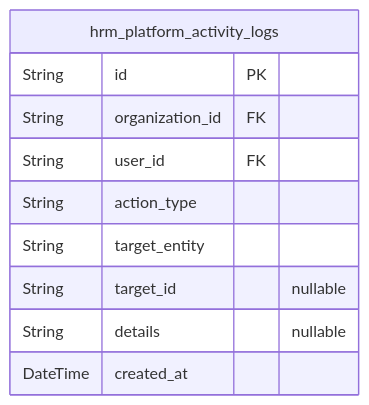
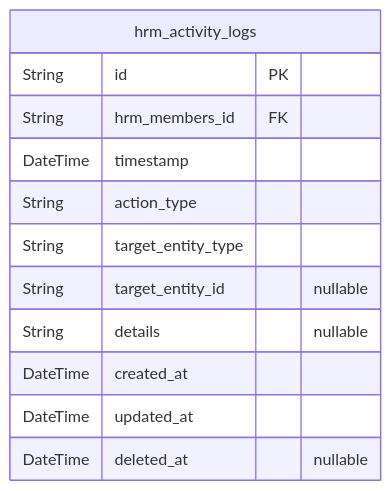
The ninth of 9 diagrams in qwen/qwen3.5-122b-a10b/erp/docs/ERD.md (wrtnlabs/autobe-examples), drawn with Mermaid before and after one commit. The commit also changed other lines of this file and 32093 other files, not shown here.

````diff
--- a/qwen/qwen3.5-122b-a10b/erp/docs/ERD.md
+++ b/qwen/qwen3.5-122b-a10b/erp/docs/ERD.md
@@ -1111,13 +2101,15 @@
 ```mermaid
 erDiagram
-"hrm_platform_activity_logs" {
+"hrm_activity_logs" {
   String id PK
-  String organization_id FK
-  String user_id FK
+  String hrm_members_id FK
+  DateTime timestamp
   String action_type
-  String target_entity
-  String target_id "nullable"
+  String target_entity_type
+  String target_entity_id "nullable"
   String details "nullable"
   DateTime created_at
+  DateTime updated_at
+  DateTime deleted_at "nullable"
 }
 ```
````
